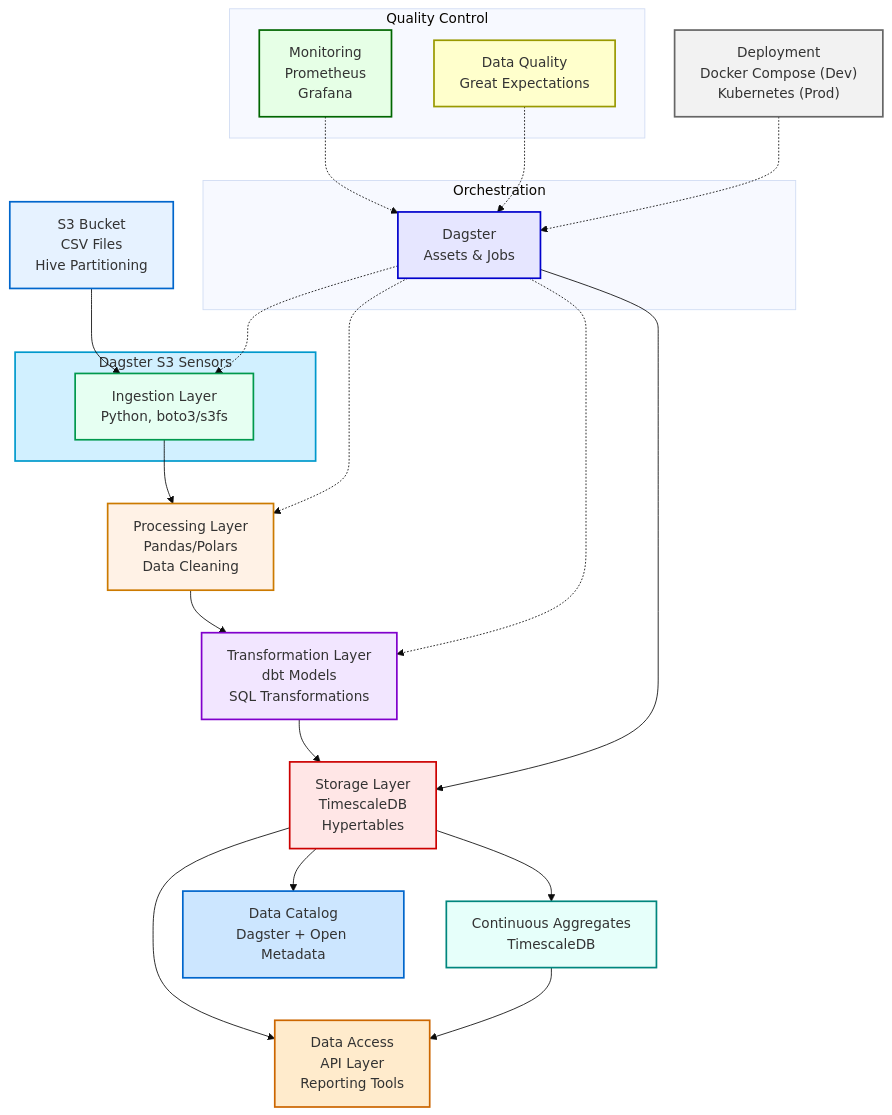
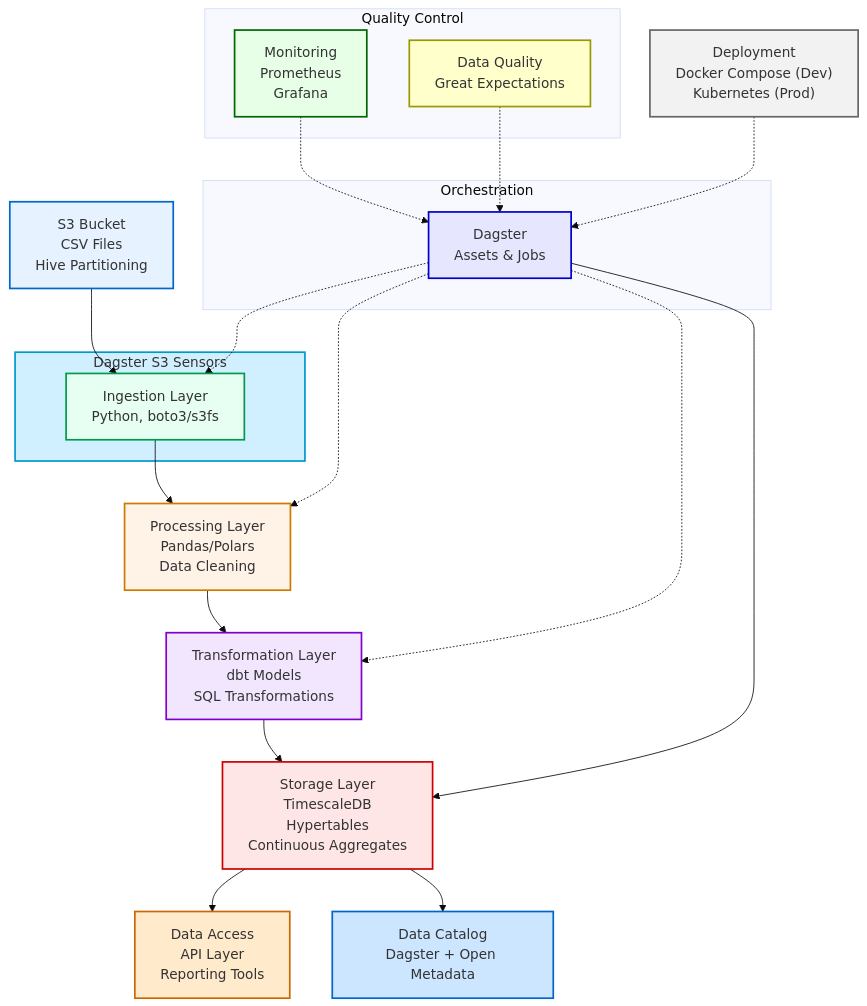
The diagram in architecture.md (brylie/billing-data-pipeline), drawn with Mermaid (base theme) before and after one commit.

Commit message:
Enhance architecture diagram by adding 'Continuous Aggregates' to the Storage Layer and removing redundant connections to improve clarity

````diff
--- a/architecture.md
+++ b/architecture.md
@@ -19,74 +19,73 @@
 ```mermaid
 flowchart TD
     %% Main components
     S3["S3 Bucket<br/>CSV Files<br/>Hive Partitioning"] --> Ingest
     
     subgraph Sensors["Dagster S3 Sensors"]
         Ingest["Ingestion Layer<br/>Python, boto3/s3fs"]
     end
     
     Ingest --> Process["Processing Layer<br/>Pandas/Polars<br/>Data Cleaning"]
     Process --> Transform["Transformation Layer<br/>dbt Models<br/>SQL Transformations"]
-    Transform --> Storage["Storage Layer<br/>TimescaleDB<br/>Hypertables"]
+    Transform --> Storage["Storage Layer<br/>TimescaleDB<br/>Hypertables<br/>Continuous Aggregates"]
     
     %% Orchestration connections
     subgraph Orchestration["Orchestration"]
         Dagster["Dagster<br/>Assets & Jobs"]
     end
     
     Dagster -.-> Ingest
     Dagster -.-> Process
     Dagster -.-> Transform
     Dagster --> Storage
     
     %% Data access
     Storage --> Reporting["Data Access<br/>API Layer<br/>Reporting Tools"]
-    Storage --> Aggregates["Continuous Aggregates<br/>TimescaleDB"]
-    Aggregates --> Reporting
+  
     
     %% Quality Control group
     subgraph QualityControl["Quality Control"]
         Monitor["Monitoring<br/>Prometheus<br/>Grafana"]
         Quality["Data Quality<br/>Great Expectations"]
     end
     
     %% Stand-alone components
     Deploy["Deployment<br/>Docker Compose (Dev)<br/>Kubernetes (Prod)"]
     
     Monitor -.-> Dagster
     Quality -.-> Dagster
     Deploy -.-> Dagster
     
     %% Data Catalog as standalone
     Catalog["Data Catalog<br/>Dagster + Open Metadata"]
     Storage --> Catalog
     
     %% Styling with dark text for readability
     classDef blue fill:#e6f2ff,stroke:#0066cc,stroke-width:2px,color:#333333
     classDef green fill:#e6fff2,stroke:#00994d,stroke-width:2px,color:#333333
     classDef orange fill:#fff2e6,stroke:#cc7a00,stroke-width:2px,color:#333333
     classDef purple fill:#f2e6ff,stroke:#8000cc,stroke-width:2px,color:#333333
     classDef red fill:#ffe6e6,stroke:#cc0000,stroke-width:2px,color:#333333
     classDef navy fill:#e6e6ff,stroke:#0000cc,stroke-width:2px,color:#333333
     classDef darkgreen fill:#e6ffe6,stroke:#006600,stroke-width:2px,color:#333333
     classDef yellow fill:#ffffcc,stroke:#999900,stroke-width:2px,color:#333333
     classDef lightblue fill:#cce6ff,stroke:#0066cc,stroke-width:2px,color:#333333
     classDef gray fill:#f2f2f2,stroke:#666666,stroke-width:2px,color:#333333
     classDef brown fill:#ffebcc,stroke:#cc6600,stroke-width:2px,color:#333333
     classDef teal fill:#e6fffa,stroke:#00867d,stroke-width:2px,color:#333333
     classDef highlight fill:#d1f0ff,stroke:#0099cc,stroke-width:2px,color:#333333
     
     class S3 blue
     class Ingest green
     class Process orange
     class Transform purple
     class Storage red
     class Dagster navy
     class Monitor darkgreen
     class Quality yellow
     class Catalog lightblue
     class Deploy gray
     class Reporting brown
     class Aggregates teal
     class Sensors highlight
 ```
````
